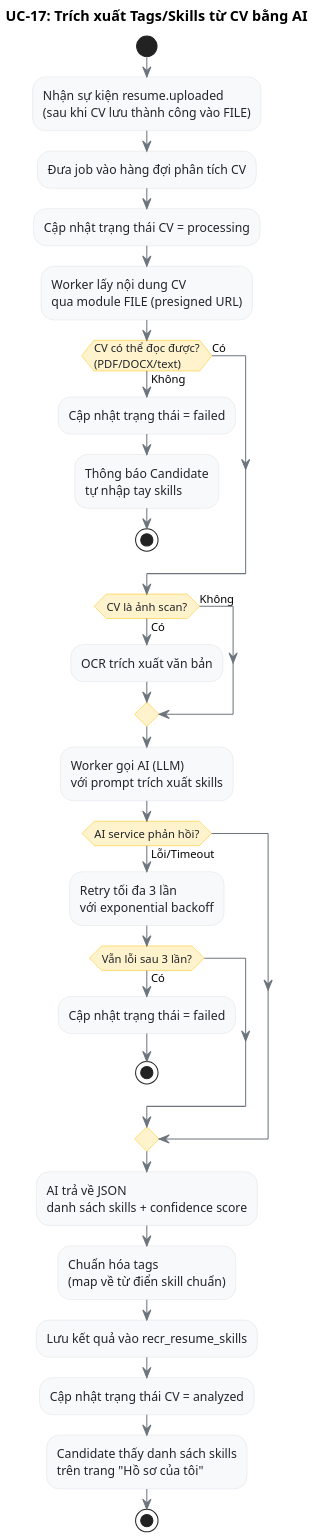
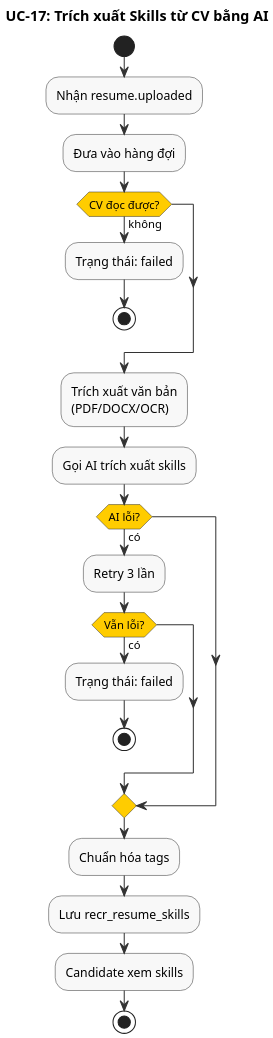
Before and after one commit to namnh240795/document: the diagram in modules/recr/diagrams/activity/uc17-resume-skill-extraction-activity.puml, drawn with PlantUML. The commit also changed 23 other files, not shown here.

First line of the commit message:
refactor(recr): standardize diagram style for UC-16 to UC-19

```diff
--- a/modules/recr/diagrams/activity/uc17-resume-skill-extraction-activity.puml
+++ b/modules/recr/diagrams/activity/uc17-resume-skill-extraction-activity.puml
@@ -1,53 +1,45 @@
-@startuml uc17-resume-skill-extraction-activity
-title UC-17: Trích xuất Tags/Skills từ CV bằng AI
+@startuml
+' UC-17: Trích xuất Skills từ CV - Sơ đồ Hoạt động
 skinparam dpi 200
-skinparam activityBackgroundColor #f8f9fa
-skinparam activityBorderColor #dee2e6
-skinparam activityFontColor #212529
-skinparam activityDiamondBackgroundColor #fff3cd
-skinparam activityDiamondBorderColor #ffc107
-skinparam arrowColor #6c757d
+skinparam activity {
+  BackgroundColor #F8F8F8
+  BorderColor #333333
+  ArrowColor #333333
+  DiamondBackgroundColor #FFCC00
+  DiamondBorderColor #333333
+}
+
+title UC-17: Trích xuất Skills từ CV bằng AI
 
 start
 
-:Nhận sự kiện resume.uploaded\n(sau khi CV lưu thành công vào FILE);
+:Nhận resume.uploaded;
 
-:Đưa job vào hàng đợi phân tích CV;
-:Cập nhật trạng thái CV = processing;
+:Đưa vào hàng đợi;
 
-:Worker lấy nội dung CV\nqua module FILE (presigned URL);
-
-if (CV có thể đọc được?\n(PDF/DOCX/text)) then (Không)
-  :Cập nhật trạng thái = failed;
-  :Thông báo Candidate\ntự nhập tay skills;
+if (CV đọc được?) then (không)
+  :Trạng thái: failed;
   stop
-else (Có)
 endif
 
-if (CV là ảnh scan?) then (Có)
-  :OCR trích xuất văn bản;
-else (Không)
-endif
+:Trích xuất văn bản\n(PDF/DOCX/OCR);
 
-:Worker gọi AI (LLM)\nvới prompt trích xuất skills;
+:Gọi AI trích xuất skills;
 
-if (AI service phản hồi?) then (Lỗi/Timeout)
-  :Retry tối đa 3 lần\nvới exponential backoff;
-  if (Vẫn lỗi sau 3 lần?) then (Có)
-    :Cập nhật trạng thái = failed;
+if (AI lỗi?) then (có)
+  :Retry 3 lần;
+  if (Vẫn lỗi?) then (có)
+    :Trạng thái: failed;
     stop
   endif
 endif
 
-:AI trả về JSON\ndanh sách skills + confidence score;
+:Chuẩn hóa tags;
 
-:Chuẩn hóa tags\n(map về từ điển skill chuẩn);
+:Lưu recr_resume_skills;
 
-:Lưu kết quả vào recr_resume_skills;
-:Cập nhật trạng thái CV = analyzed;
-
-:Candidate thấy danh sách skills\ntrên trang "Hồ sơ của tôi";
+:Candidate xem skills;
 
 stop
 
 @enduml
```
